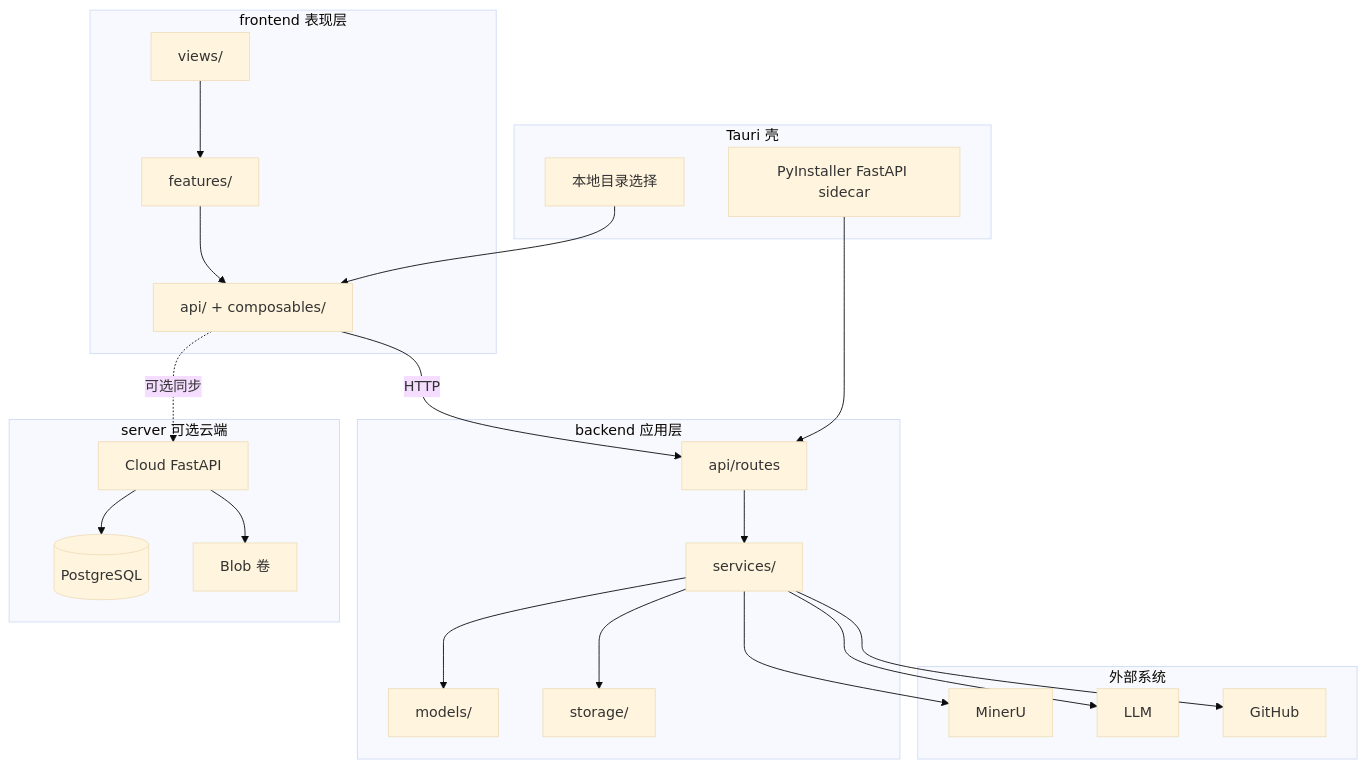
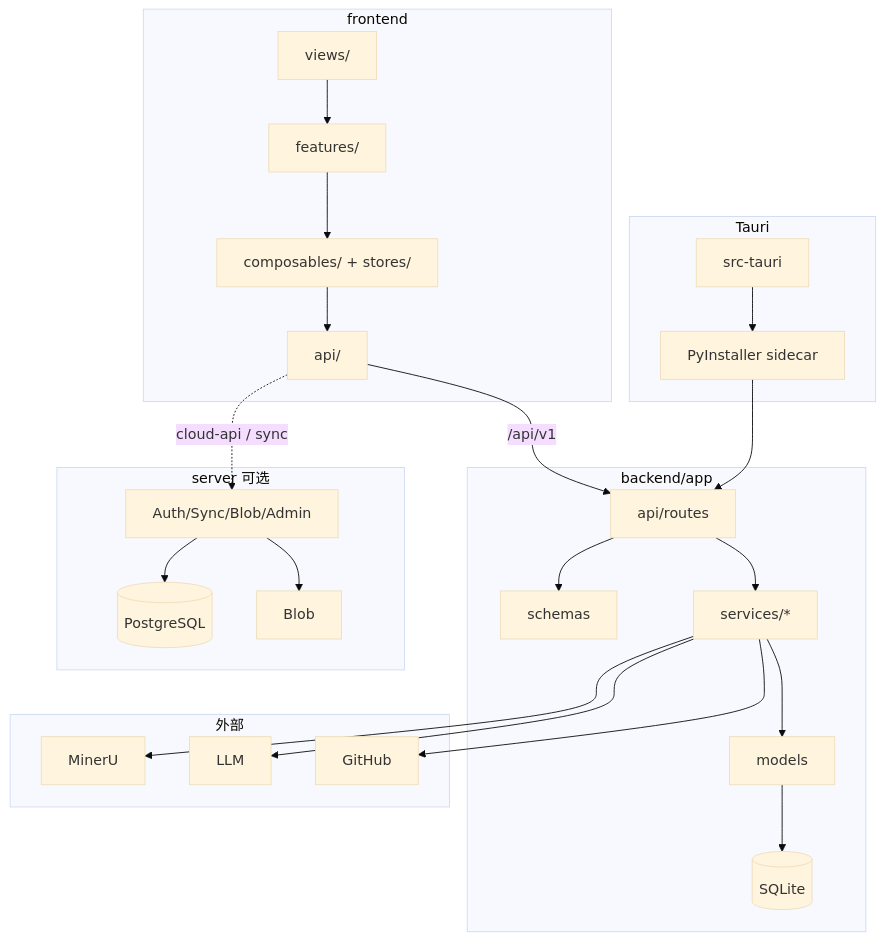
The sixth of 12 diagrams in FinalRelease/UML.md (1JI0O/SE26Project-15), drawn with Mermaid (base theme) before and after one commit. The commit also changed other lines of this file and 1 other file, not shown here.

````diff
--- a/FinalRelease/UML.md
+++ b/FinalRelease/UML.md
@@ -214,46 +260,47 @@
 ```mermaid
 flowchart TB
-  subgraph FE[frontend 表现层]
+  subgraph FE[frontend]
     Views[views/]
     Features[features/]
-    API[api/ + composables/]
+    Comp[composables/ + stores/]
+    ApiTS[api/]
   end
 
-  subgraph Desktop[Tauri 壳]
-    Sidecar[PyInstaller FastAPI sidecar]
-    Dialog[本地目录选择]
+  subgraph Desktop[Tauri]
+    Rust[src-tauri]
+    Side[PyInstaller sidecar]
   end
 
-  subgraph BE[backend 应用层]
+  subgraph BE[backend/app]
     Routes[api/routes]
-    Services[services/]
-    Models[models/]
-    Storage[storage/]
+    Schemas[schemas]
+    Svc[services/*]
+    Models[models]
+    DB[(SQLite)]
   end
 
-  subgraph Ext[外部系统]
+  subgraph Ext[外部]
     MinerU
     LLM
     GitHub
   end
 
-  subgraph OptionalCloud[server 可选云端]
-    CloudAPI[Cloud FastAPI]
+  subgraph Cloud[server 可选]
+    CloudAPI[Auth/Sync/Blob/Admin]
     PG[(PostgreSQL)]
-    Blob[Blob 卷]
+    Blob[Blob]
   end
 
-  Views --> Features --> API
-  API -->|HTTP| Routes
-  Dialog --> API
-  Sidecar --> Routes
-  Routes --> Services
-  Services --> Models
-  Services --> Storage
-  Services --> MinerU
-  Services --> LLM
-  Services --> GitHub
-  API -.->|可选同步| CloudAPI
+  Views --> Features --> Comp --> ApiTS
+  ApiTS -->|/api/v1| Routes
+  Rust --> Side --> Routes
+  Routes --> Schemas
+  Routes --> Svc
+  Svc --> Models --> DB
+  Svc --> MinerU
+  Svc --> LLM
+  Svc --> GitHub
+  ApiTS -.->|cloud-api / sync| CloudAPI
   CloudAPI --> PG
   CloudAPI --> Blob
 ```
````
